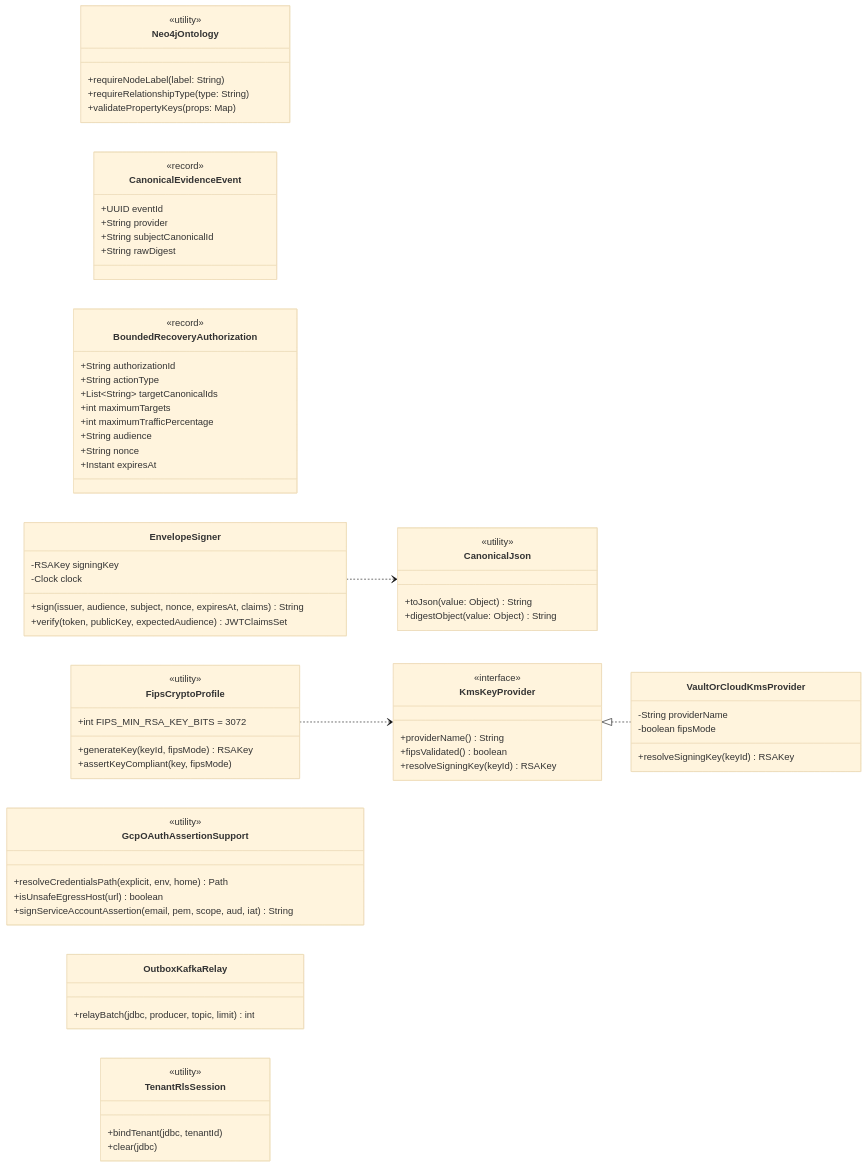
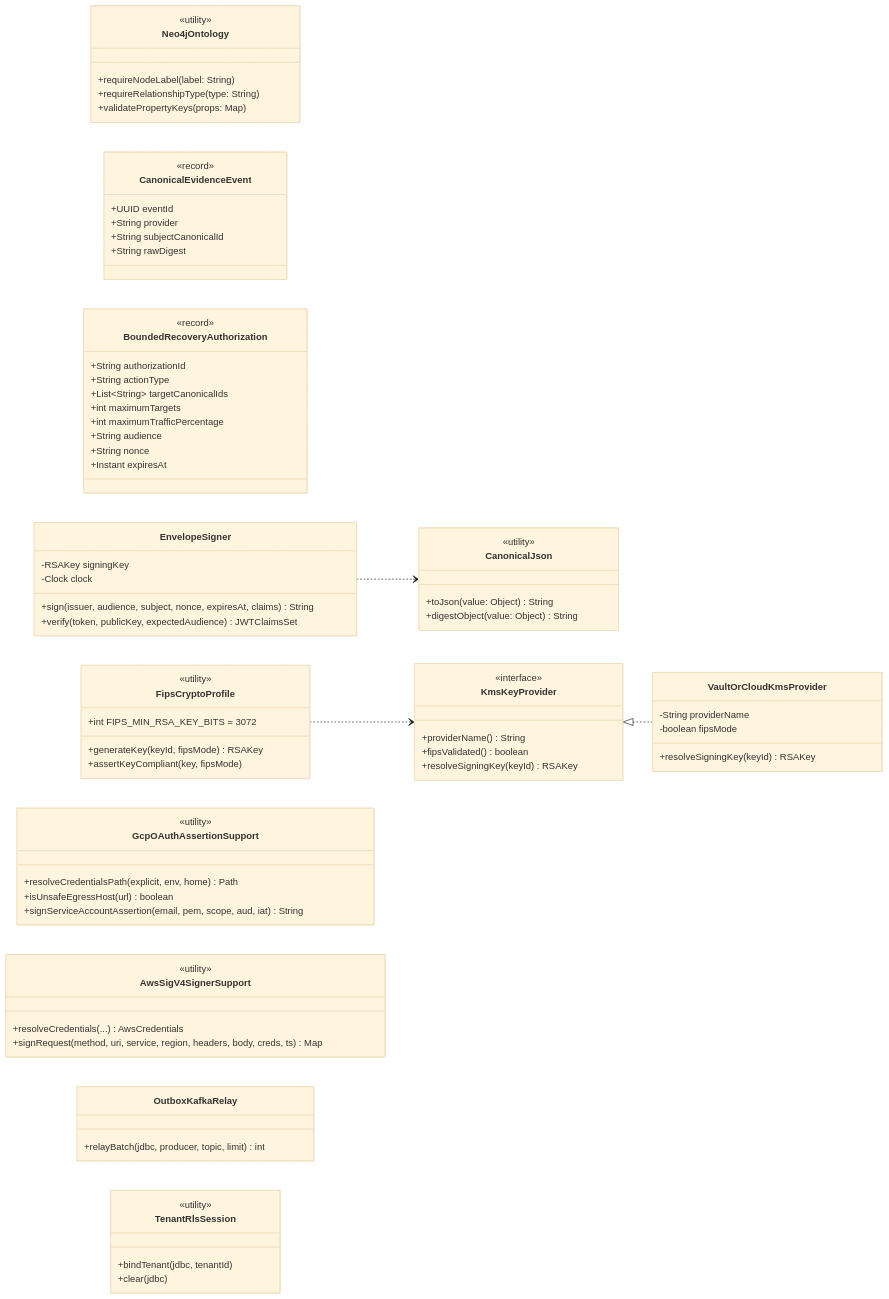
One commit to fenoch4real/uacrf-unified-adaptive-cloud-resilience-framework changed the first of 6 diagrams in docs/diagrams/CLASS_DIAGRAMS.md. Above: the diagram before and after it, drawn with Mermaid (base theme). The commit also changed other lines of this file and 31 other files, not shown here.

Commit message:
feat(aws,recovery,ui): add native AWS SigV4 discovery, CloudWatch pollers, and toggle-gated ECS/ASG recovery

````diff
--- a/docs/diagrams/CLASS_DIAGRAMS.md
+++ b/docs/diagrams/CLASS_DIAGRAMS.md
@@ -10,74 +10,79 @@
 ```mermaid
 classDiagram
     direction LR
     class Neo4jOntology {
         <<utility>>
         +requireNodeLabel(label: String)
         +requireRelationshipType(type: String)
         +validatePropertyKeys(props: Map)
     }
     class CanonicalEvidenceEvent {
         <<record>>
         +UUID eventId
         +String provider
         +String subjectCanonicalId
         +String rawDigest
     }
     class BoundedRecoveryAuthorization {
         <<record>>
         +String authorizationId
         +String actionType
         +List~String~ targetCanonicalIds
         +int maximumTargets
         +int maximumTrafficPercentage
         +String audience
         +String nonce
         +Instant expiresAt
     }
     class CanonicalJson {
         <<utility>>
         +toJson(value: Object) String
         +digestObject(value: Object) String
     }
     class EnvelopeSigner {
         -RSAKey signingKey
         -Clock clock
         +sign(issuer, audience, subject, nonce, expiresAt, claims) String
         +verify(token, publicKey, expectedAudience) JWTClaimsSet
     }
     class FipsCryptoProfile {
         <<utility>>
         +int FIPS_MIN_RSA_KEY_BITS = 3072
         +generateKey(keyId, fipsMode) RSAKey
         +assertKeyCompliant(key, fipsMode)
     }
     class GcpOAuthAssertionSupport {
         <<utility>>
         +resolveCredentialsPath(explicit, env, home) Path
         +isUnsafeEgressHost(url) boolean
         +signServiceAccountAssertion(email, pem, scope, aud, iat) String
     }
+    class AwsSigV4SignerSupport {
+        <<utility>>
+        +resolveCredentials(...) AwsCredentials
+        +signRequest(method, uri, service, region, headers, body, creds, ts) Map
+    }
     class KmsKeyProvider {
         <<interface>>
         +providerName() String
         +fipsValidated() boolean
         +resolveSigningKey(keyId) RSAKey
     }
     class VaultOrCloudKmsProvider {
         -String providerName
         -boolean fipsMode
         +resolveSigningKey(keyId) RSAKey
     }
     class OutboxKafkaRelay {
         +relayBatch(jdbc, producer, topic, limit) int
     }
     class TenantRlsSession {
         <<utility>>
         +bindTenant(jdbc, tenantId)
         +clear(jdbc)
     }
 
     KmsKeyProvider <|.. VaultOrCloudKmsProvider
     FipsCryptoProfile ..> KmsKeyProvider
     EnvelopeSigner ..> CanonicalJson
 ```
````
